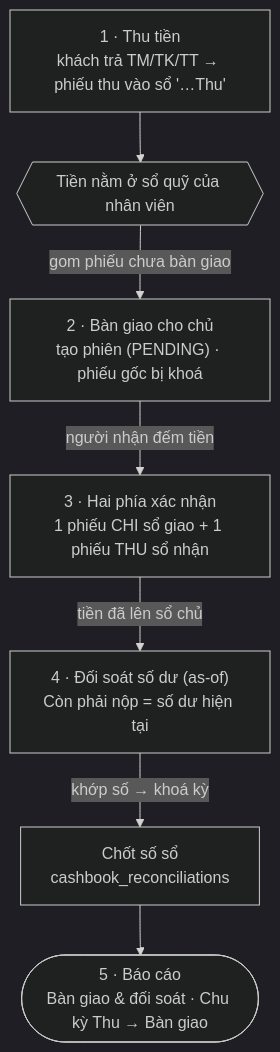
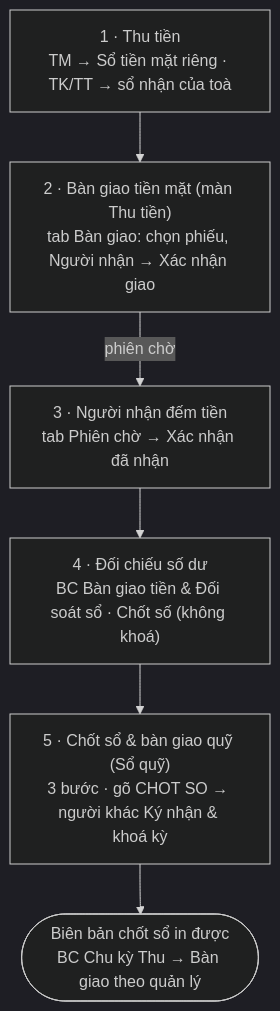
The diagram in docs/huong-dan-su-dung/01-bat-dau/quy-trinh-ban-giao/index.md (zxGreenxz/whiteboard-ihomecrm), drawn with Mermaid (dark theme) before and after one commit. The commit also changed other lines of this file and 347 other files, not shown here.

````diff
--- a/docs/huong-dan-su-dung/01-bat-dau/quy-trinh-ban-giao/index.md
+++ b/docs/huong-dan-su-dung/01-bat-dau/quy-trinh-ban-giao/index.md
@@ -29,9 +33,8 @@
 ```mermaid
 flowchart TD
-  P["1 · Thu tiền<br/>khách trả TM/TK/TT → phiếu thu vào sổ '…Thu'"] --> S{{"Tiền nằm ở sổ quỹ của nhân viên"}}
-  S -->|"gom phiếu chưa bàn giao"| H["2 · Bàn giao cho chủ<br/>tạo phiên (PENDING) · phiếu gốc bị khoá"]
-  H -->|"người nhận đếm tiền"| C["3 · Hai phía xác nhận<br/>1 phiếu CHI sổ giao + 1 phiếu THU sổ nhận"]
-  C -->|"tiền đã lên sổ chủ"| D["4 · Đối soát số dư (as-of)<br/>Còn phải nộp = số dư hiện tại"]
-  D -->|"khớp số → khoá kỳ"| L["Chốt số sổ<br/>cashbook_reconciliations"]
-  L --> R(["5 · Báo cáo<br/>Bàn giao & đối soát · Chu kỳ Thu → Bàn giao"])
+  P["1 · Thu tiền<br/>TM → Sổ tiền mặt riêng · TK/TT → sổ nhận của toà"] --> H["2 · Bàn giao tiền mặt (màn Thu tiền)<br/>tab Bàn giao: chọn phiếu, Người nhận → Xác nhận giao"]
+  H -->|"phiên chờ"| C["3 · Người nhận đếm tiền<br/>tab Phiên chờ → Xác nhận đã nhận"]
+  C --> D["4 · Đối chiếu số dư<br/>BC Bàn giao tiền & Đối soát sổ · Chốt số (không khoá)"]
+  D --> L["5 · Chốt sổ & bàn giao quỹ (Sổ quỹ)<br/>3 bước · gõ CHOT SO → người khác Ký nhận & khoá kỳ"]
+  L --> R(["Biên bản chốt sổ in được<br/>BC Chu kỳ Thu → Bàn giao theo quản lý"])
 ```
````
